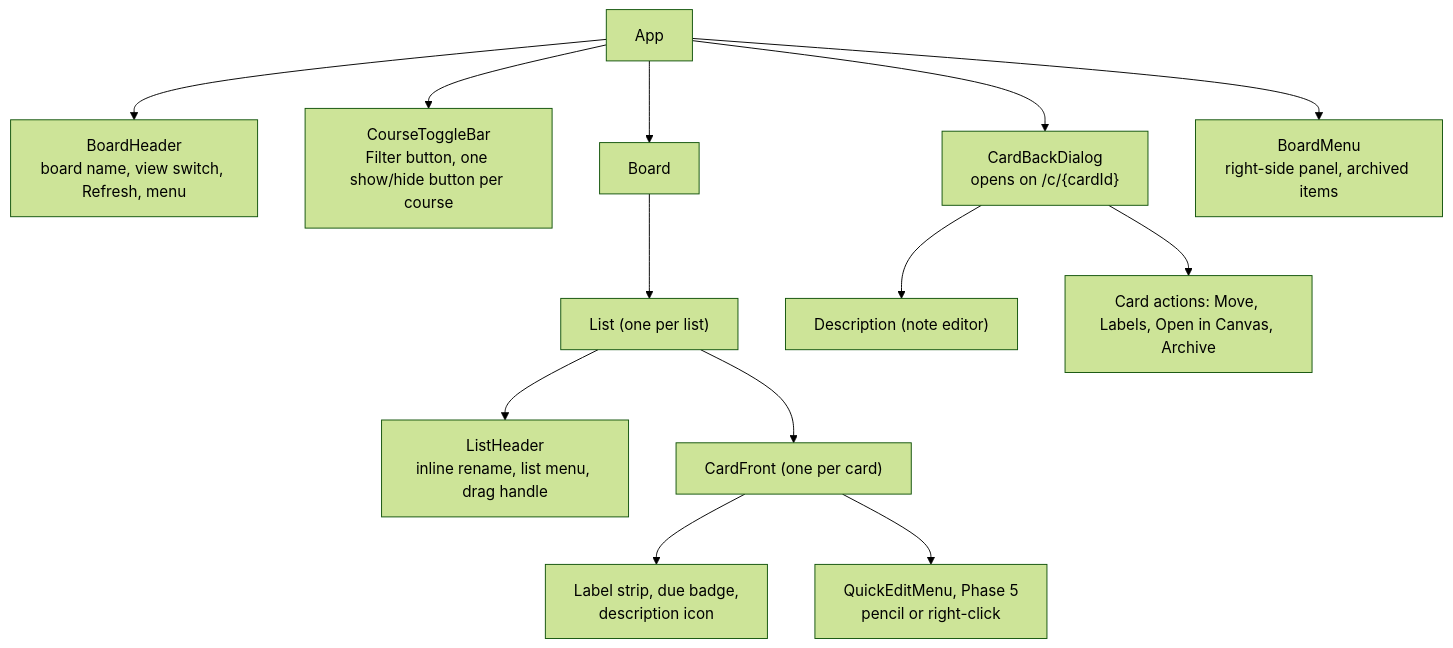
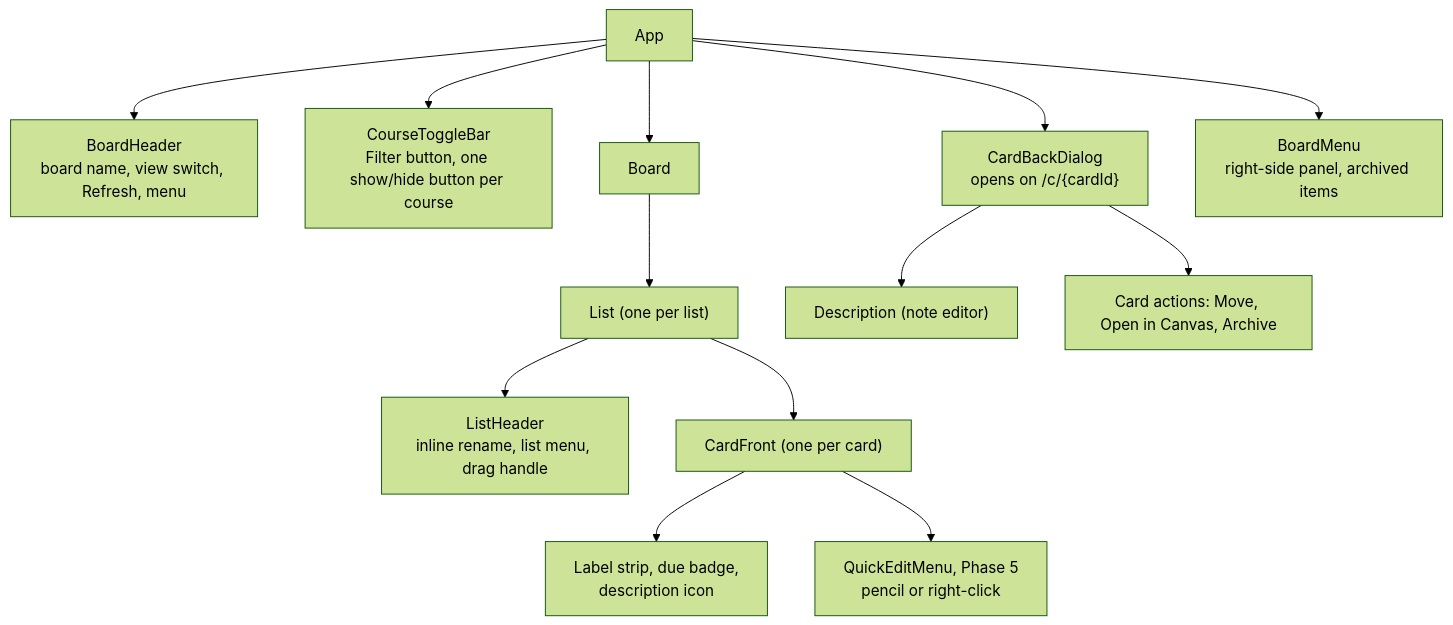
Before and after one commit to bbranton/TestProj: the fifth of 5 diagrams in docs/canvas-portal/03-design.md, drawn with Mermaid (forest theme). The commit also changed 3 other files, not shown here.

First line of the commit message:
Say courses, not labels, in the filter menu and card back

````diff
--- a/docs/canvas-portal/03-design.md
+++ b/docs/canvas-portal/03-design.md
@@ -393,15 +393,15 @@
 ```mermaid
 flowchart TD
     App --> Header["BoardHeader<br/>board name, view switch, Refresh, menu"]
     App --> Toggles["CourseToggleBar<br/>Filter button, one show/hide button per course"]
     App --> Board
     App --> CardBack["CardBackDialog<br/>opens on /c/{cardId}"]
     App --> BoardMenu["BoardMenu<br/>right-side panel, archived items"]
     Board --> List["List (one per list)"]
     List --> ListHeader["ListHeader<br/>inline rename, list menu, drag handle"]
     List --> Card["CardFront (one per card)"]
     Card --> Badges["Label strip, due badge,<br/>description icon"]
     Card --> QuickEdit["QuickEditMenu, Phase 5<br/>pencil or right-click"]
     CardBack --> Desc["Description (note editor)"]
-    CardBack --> Sidebar["Card actions: Move, Labels, Open in Canvas, Archive"]
+    CardBack --> Sidebar["Card actions: Move, Open in Canvas, Archive"]
 ```
````
